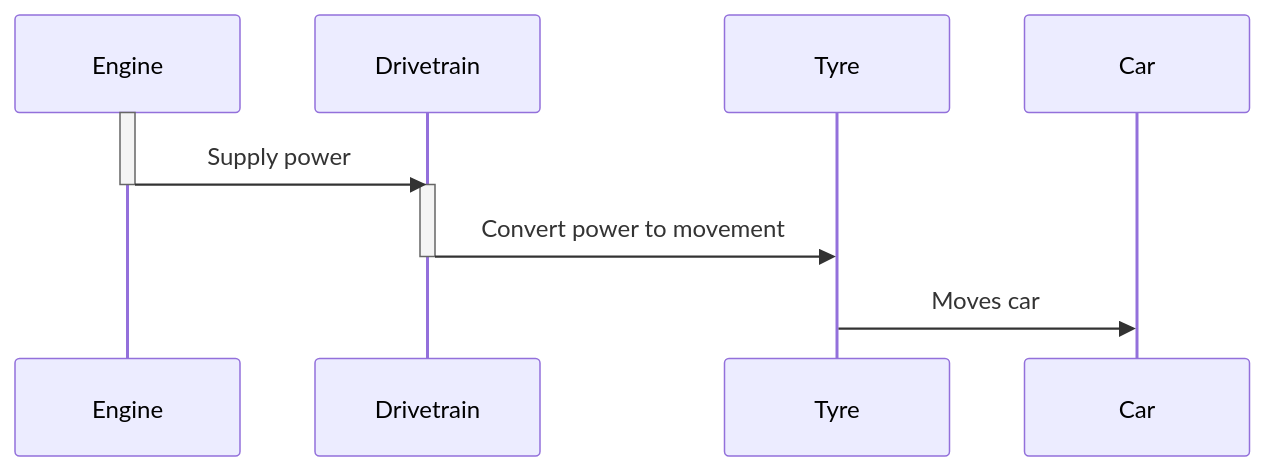
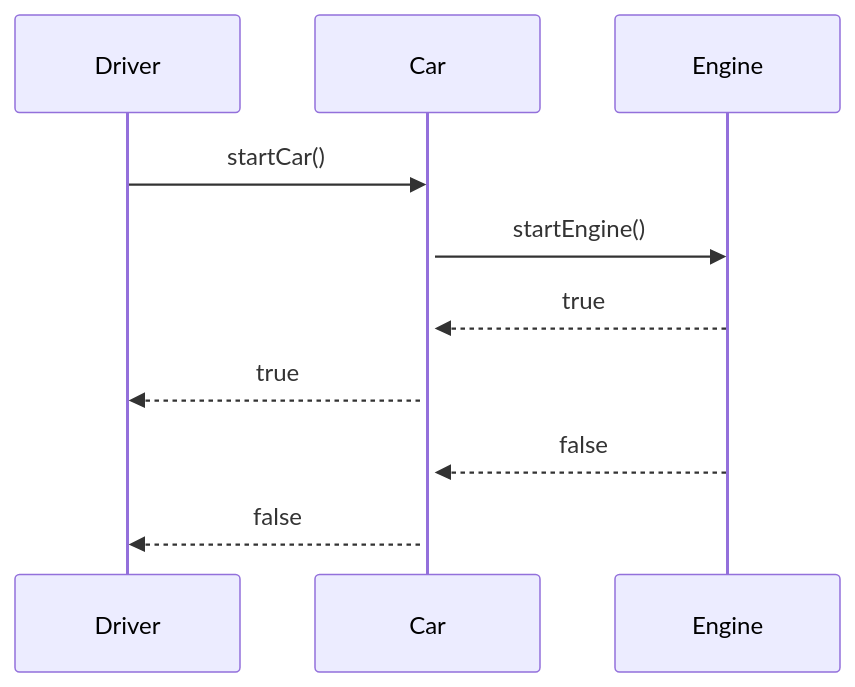
One commit to abdullah-sah/Multiverse changed the diagram in Bootcamp/W3/D4/Coding_Rooms/sequence_diagram.mmd. Above: the diagram before and after it, drawn with Mermaid. The commit also changed 1 other file, not shown here.

```diff
--- a/Bootcamp/W3/D4/Coding_Rooms/sequence_diagram.mmd
+++ b/Bootcamp/W3/D4/Coding_Rooms/sequence_diagram.mmd
@@ -1,8 +1,8 @@
 sequenceDiagram
-	activate Engine
-	Engine ->> Drivetrain: Supply power
-	deactivate Engine
-	activate Drivetrain
-	Drivetrain ->> Tyre : Convert power to movement
-	deactivate Drivetrain
-	Tyre ->> Car : Moves car
+	Driver ->> Car : startCar()
+	activate Car
+	Car ->> Engine : startEngine()
+	Engine -->> Car : true
+	Car -->> Driver : true
+	Engine -->> Car : false
+	Car -->> Driver : false
```
